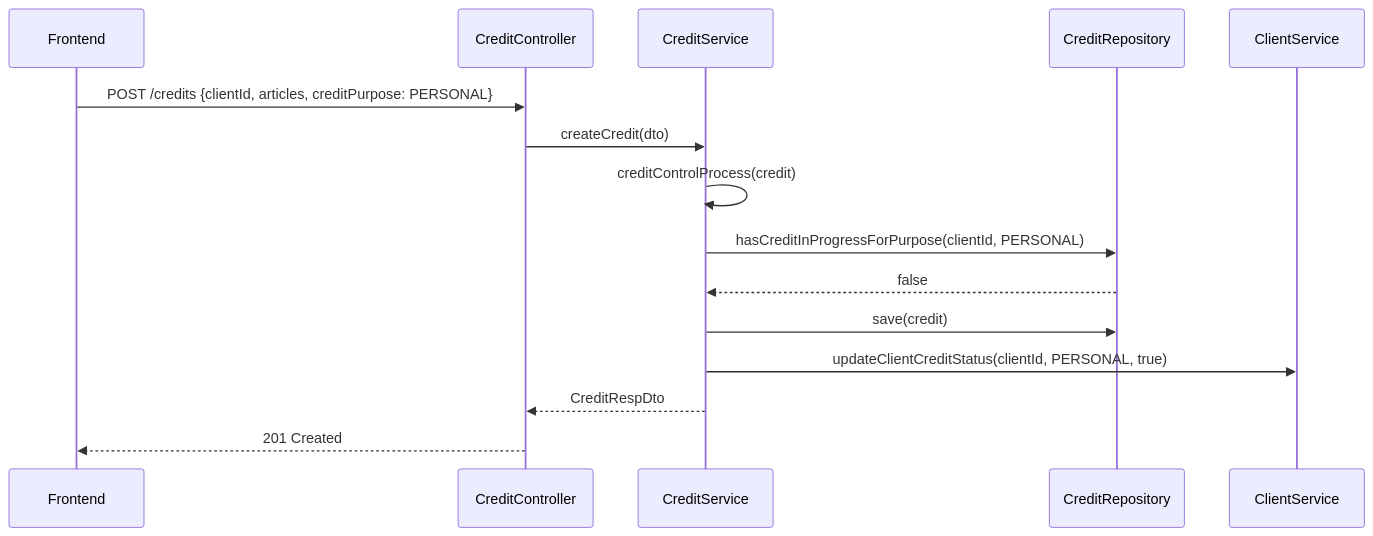
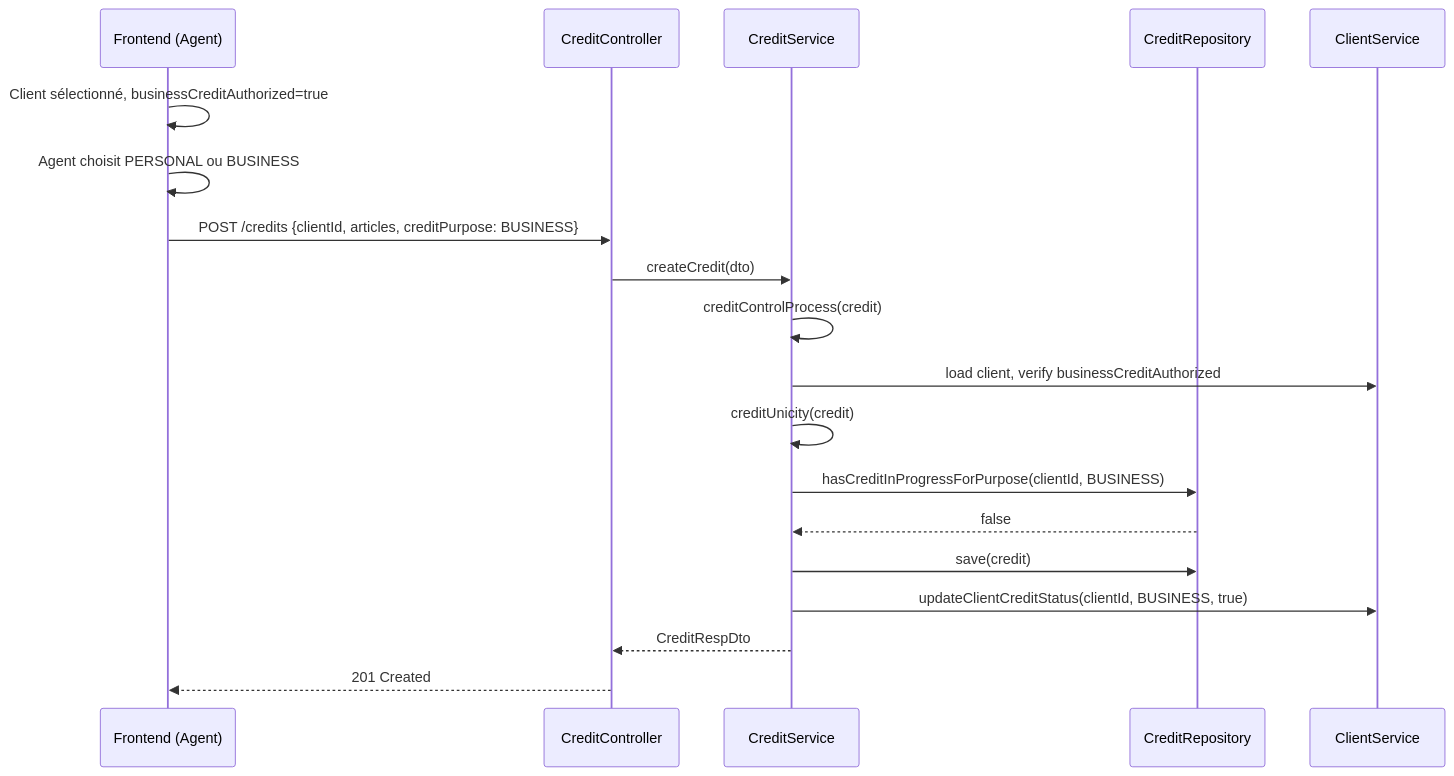
The third of 5 diagrams in .kiro/specs/dual-credit-authorization/design.md (AQUILA04/ELYKIA), drawn with Mermaid before and after one commit. The commit also changed other lines of this file and 48 other files, not shown here.

First line of the commit message:
Implement dual credit authorization feature with persistent business credit habilitation

````diff
--- a/.kiro/specs/dual-credit-authorization/design.md
+++ b/.kiro/specs/dual-credit-authorization/design.md
@@ -51,18 +78,22 @@
 ```mermaid
 sequenceDiagram
-    participant FE as Frontend
+    participant FE as Frontend (Agent)
     participant CC as CreditController
     participant CS as CreditService
     participant CR as CreditRepository
-    participant CL as ClientService
+    participant CLS as ClientService
 
-    FE->>CC: POST /credits {clientId, articles, creditPurpose: PERSONAL}
+    FE->>FE: Client sélectionné, businessCreditAuthorized=true
+    FE->>FE: Agent choisit PERSONAL ou BUSINESS
+    FE->>CC: POST /credits {clientId, articles, creditPurpose: BUSINESS}
     CC->>CS: createCredit(dto)
     CS->>CS: creditControlProcess(credit)
-    CS->>CR: hasCreditInProgressForPurpose(clientId, PERSONAL)
+    CS->>CLS: load client, verify businessCreditAuthorized
+    CS->>CS: creditUnicity(credit)
+    CS->>CR: hasCreditInProgressForPurpose(clientId, BUSINESS)
     CR-->>CS: false
     CS->>CR: save(credit)
-    CS->>CL: updateClientCreditStatus(clientId, PERSONAL, true)
+    CS->>CLS: updateClientCreditStatus(clientId, BUSINESS, true)
     CS-->>CC: CreditRespDto
     CC-->>FE: 201 Created
 ```
````
